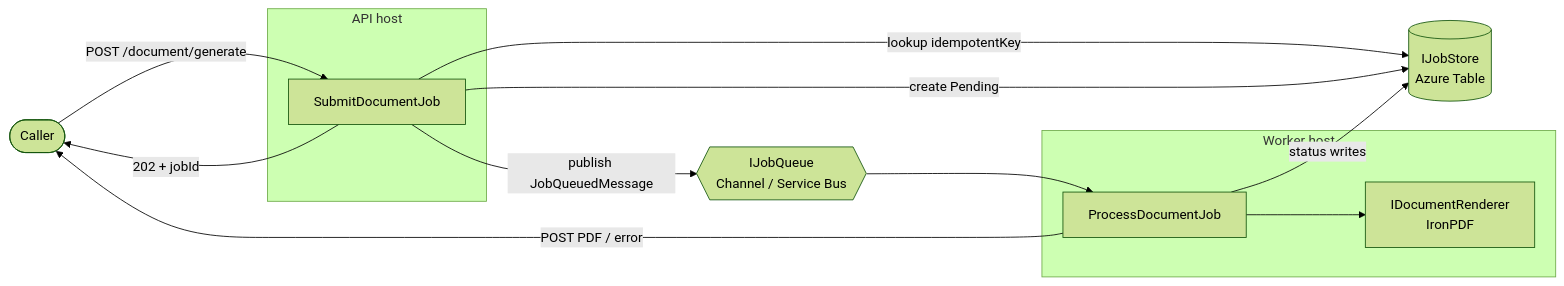
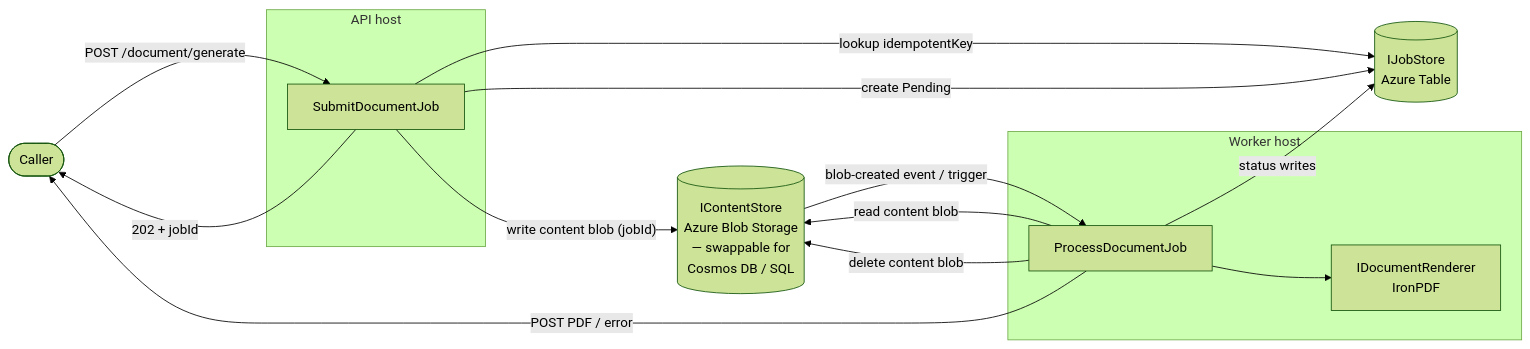
Before and after one commit to ctorresunimag95/Designs: the first of 5 diagrams in PDFGenerator/pdf-generation-service-flow.md, drawn with Mermaid (forest theme). The commit also changed other lines of this file and 1 other file, not shown here.

````diff
--- a/PDFGenerator/pdf-generation-service-flow.md
+++ b/PDFGenerator/pdf-generation-service-flow.md
@@ -9,23 +9,25 @@
 ```mermaid
 flowchart LR
     Caller([Caller])
     subgraph API[API host]
         Submit[SubmitDocumentJob]
     end
-    Store[(IJobStore<br/>Azure Table)]
-    Queue{{IJobQueue<br/>Channel / Service Bus}}
+    JobStore[(IJobStore<br/>Azure Table)]
+    ContentStore[(IContentStore<br/>Azure Blob Storage<br/>— swappable for<br/>Cosmos DB / SQL)]
     subgraph Worker[Worker host]
         Process[ProcessDocumentJob]
         Renderer[IDocumentRenderer<br/>IronPDF]
     end
 
     Caller -- "POST /document/generate" --> Submit
-    Submit -- "lookup idempotentKey" --> Store
-    Submit -- "create Pending" --> Store
+    Submit -- "lookup idempotentKey" --> JobStore
+    Submit -- "create Pending" --> JobStore
     Submit -- "202 + jobId" --> Caller
-    Submit -- "publish JobQueuedMessage" --> Queue
-    Queue --> Process
-    Process -- "status writes" --> Store
+    Submit -- "write content blob (jobId)" --> ContentStore
+    ContentStore -- "blob-created event / trigger" --> Process
+    Process -- "read content blob" --> ContentStore
+    Process -- "delete content blob" --> ContentStore
+    Process -- "status writes" --> JobStore
     Process --> Renderer
     Process -- "POST PDF / error" --> Caller
 ```
````
